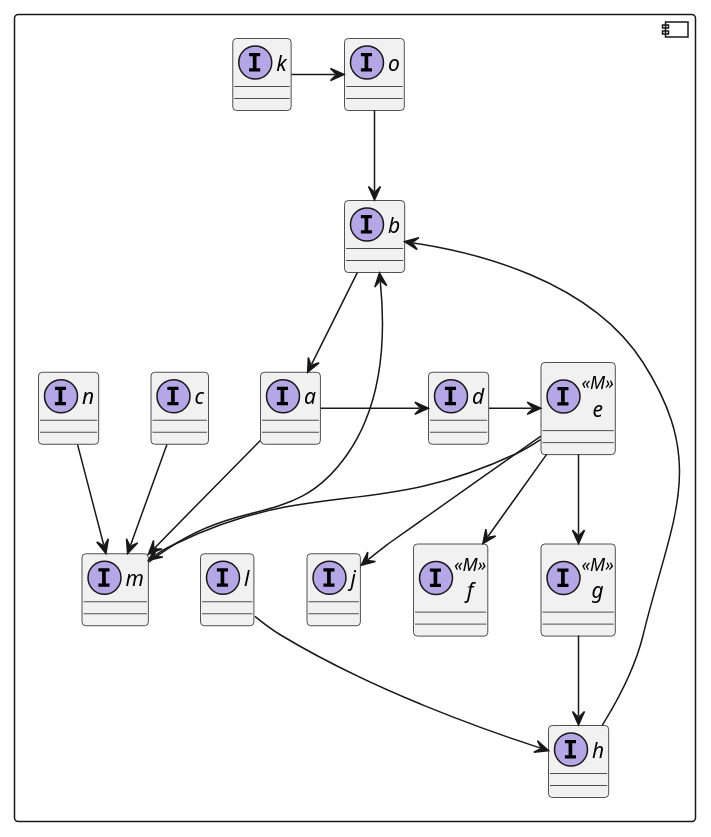
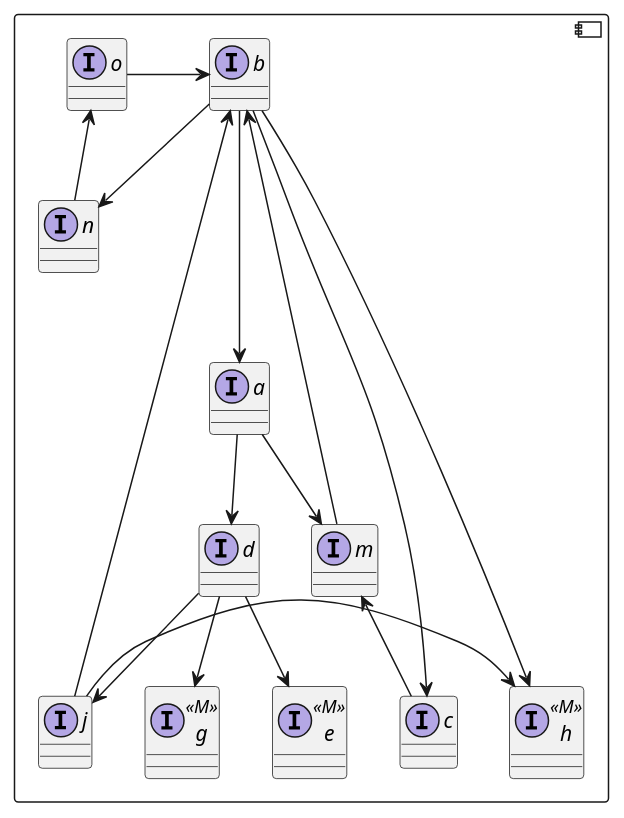
One commit to Alekseylv/sdat changed the diagram in topological.puml. Above: the diagram before and after it, drawn with PlantUML.

Commit message:
update diagram

```diff
--- a/topological.puml
+++ b/topological.puml
@@ -1,56 +1,44 @@
 @startuml
 
 
-'package "Some Group" {
-'HTTP - [First Component]
-'[Another Component]
-'}
-'
-'package "Other Groups" {
-'FTP - [Second Component]
-'
-'[First Component] --> FTP
-'}
+
 
 component {
 interface a
 interface b
 interface c
 interface d
 interface e <<M>>
-interface f <<M>>
 interface g <<M>>
-interface h
+interface h <<M>>
 interface j
-interface k
-interface l
 interface m
 interface n
 interface o
 }
 
 
-b --> a
+b ---> a
 a --> m
 m -l-> b
 
-c --> m
+c -u-> m
+b --> c
 
-a -r-> d
-d -r-> e
-e --> f
-e --> g
-g --> h
-e --> j
-l --> h
-e --> m
-n --> m
-o --> b
-k -r-> o
-h -r-> b
+n -u-> o
+b --> n
+o -r--> b
+
+a -d-> d
+d -d-> e
+d --> g
+d --> j
+b --> h
+j -r-> h
+j --> b
 
 skinparam interface {
 backgroundColor<<M>> RosyBrown
 }
 
 @enduml
```
